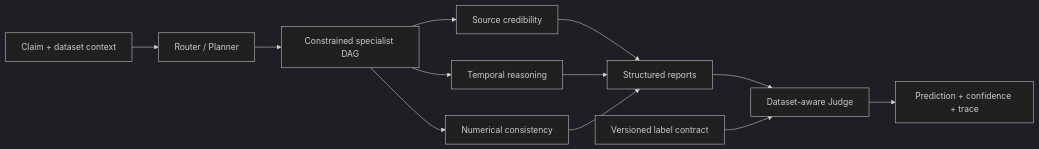
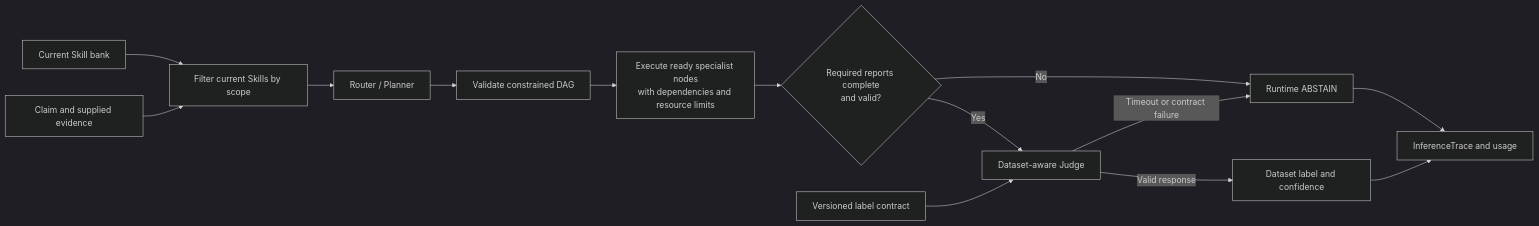
The first of 4 diagrams in README.md (FengyuanYin/EvoFactSkill), drawn with Mermaid (dark theme) before and after one commit. The commit also changed other lines of this file and 1 other file, not shown here.

Commit message:
docs: refresh bilingual inference and evolution workflow diagrams

````diff
--- a/README.md
+++ b/README.md
@@ -33,14 +33,16 @@
 ```mermaid
 flowchart LR
-    A[Claim + dataset context] --> B[Router / Planner]
-    B --> C[Constrained specialist DAG]
-    C --> D1[Source credibility]
-    C --> D2[Temporal reasoning]
-    C --> D3[Numerical consistency]
-    D1 --> E[Structured reports]
-    D2 --> E
-    D3 --> E
-    E --> F[Dataset-aware Judge]
-    G[Versioned label contract] --> F
-    F --> H[Prediction + confidence + trace]
+    A["Claim and supplied evidence"] --> B["Filter current Skills by scope"]
+    S["Current Skill bank"] --> B
+    B --> C["Router / Planner"]
+    C --> D["Validate constrained DAG"]
+    D --> E["Execute ready specialist nodes<br/>with dependencies and resource limits"]
+    E --> F{"Required reports complete<br/>and valid?"}
+    F -->|Yes| G["Dataset-aware Judge"]
+    L["Versioned label contract"] --> G
+    G -->|Valid response| H["Dataset label and confidence"]
+    F -->|No| R["Runtime ABSTAIN"]
+    G -->|Timeout or contract failure| R
+    H --> T["InferenceTrace and usage"]
+    R --> T
 ```
````
